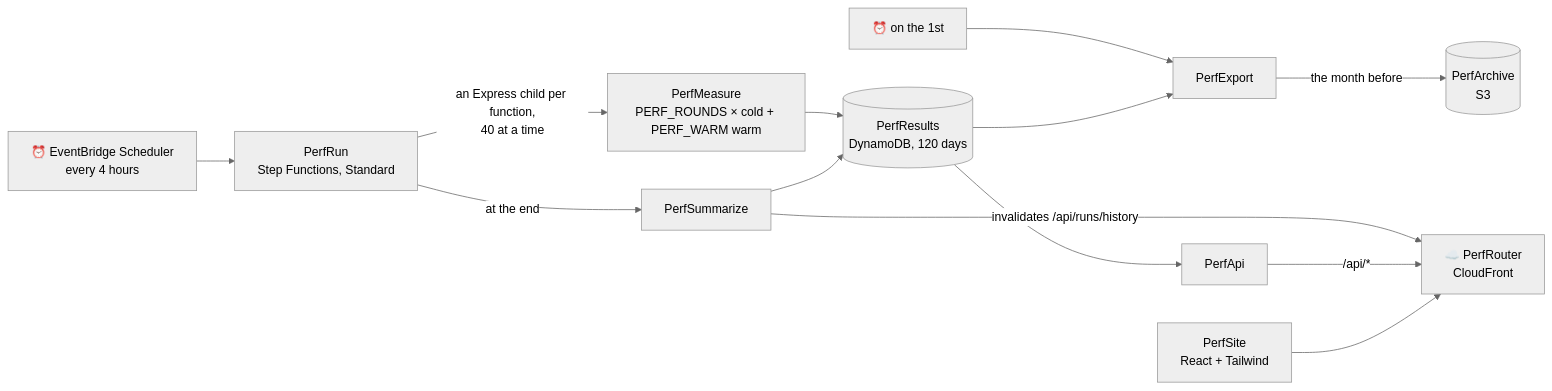
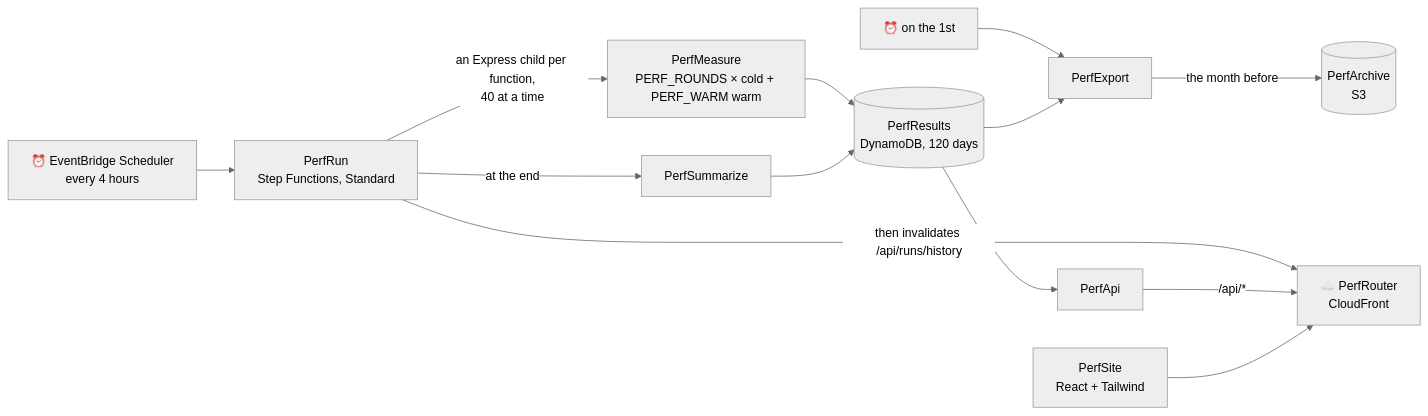
Before and after one commit to NimmLor/lambda-coldstarts: the diagram in README.md, drawn with Mermaid (neutral theme). The commit also changed other lines of this file and 4 other files, not shown here.

````diff
--- a/README.md
+++ b/README.md
@@ -221,13 +221,13 @@
 ```mermaid
 flowchart LR
   S[⏰ EventBridge Scheduler<br>every 4 hours] --> R[PerfRun<br>Step Functions, Standard]
   R -- an Express child per function,<br>40 at a time --> M[PerfMeasure<br>PERF_ROUNDS × cold + PERF_WARM warm]
   M --> D[(PerfResults<br>DynamoDB, 120 days)]
   R -- at the end --> Z[PerfSummarize] --> D
-  Z -- invalidates /api/runs/history --> C
+  R -- then invalidates /api/runs/history --> C
   E[⏰ on the 1st] --> X[PerfExport] -- the month before --> B[(PerfArchive<br>S3)]
   D --> X
   D --> A[PerfApi]
   A -- /api/* --> C[☁️ PerfRouter<br>CloudFront]
   W[PerfSite<br>React + Tailwind] --> C
 ```
````
